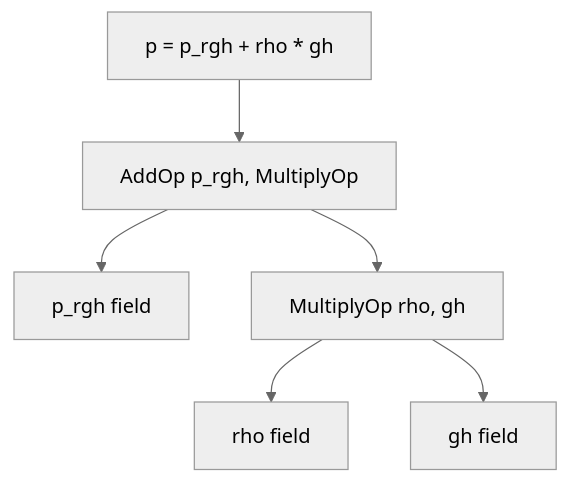
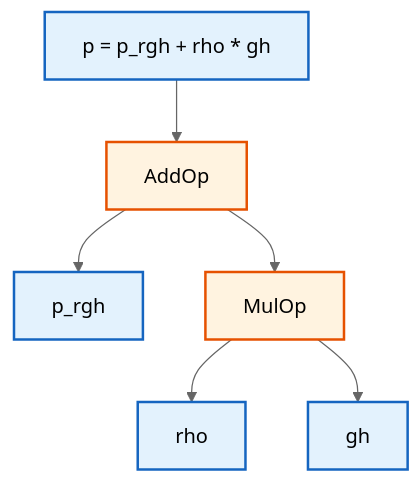
One commit to wramet/build-my-cfd changed the second of 2 diagrams in MODULE_05_OPENFOAM_PROGRAMMING/CONTENT/05_FIELDS_GEOMETRICFIELDS/03_Inheritance_Hierarchy.md. Above: the diagram before and after it, drawn with Mermaid (neutral theme). The commit also changed other lines of this file and 313 other files, not shown here.

Commit message:
Revise all diagram

````diff
--- a/MODULE_05_OPENFOAM_PROGRAMMING/CONTENT/05_FIELDS_GEOMETRICFIELDS/03_Inheritance_Hierarchy.md
+++ b/MODULE_05_OPENFOAM_PROGRAMMING/CONTENT/05_FIELDS_GEOMETRICFIELDS/03_Inheritance_Hierarchy.md
@@ -693,15 +691,19 @@
 ```mermaid
 flowchart TD
-    A["p = p_rgh + rho * gh"]
-    B["AddOp p_rgh, MultiplyOp"]
-    C["p_rgh field"]
-    D["MultiplyOp rho, gh"]
-    E["rho field"]
-    F["gh field"]
+%% Classes
+classDef explicit fill:#fff3e0,stroke:#e65100,stroke-width:2px;
+classDef implicit fill:#e3f2fd,stroke:#1565c0,stroke-width:2px;
+%% Nodes
+A["p = p_rgh + rho * gh"]:::implicit
+B[AddOp]:::explicit
+C[p_rgh]:::implicit
+D[MulOp]:::explicit
+E[rho]:::implicit
+F[gh]:::implicit
 
-    A --> B
-    B --> C
-    B --> D
-    D --> E
-    D --> F
+A --> B
+B --> C
+B --> D
+D --> E
+D --> F
 ```
````
